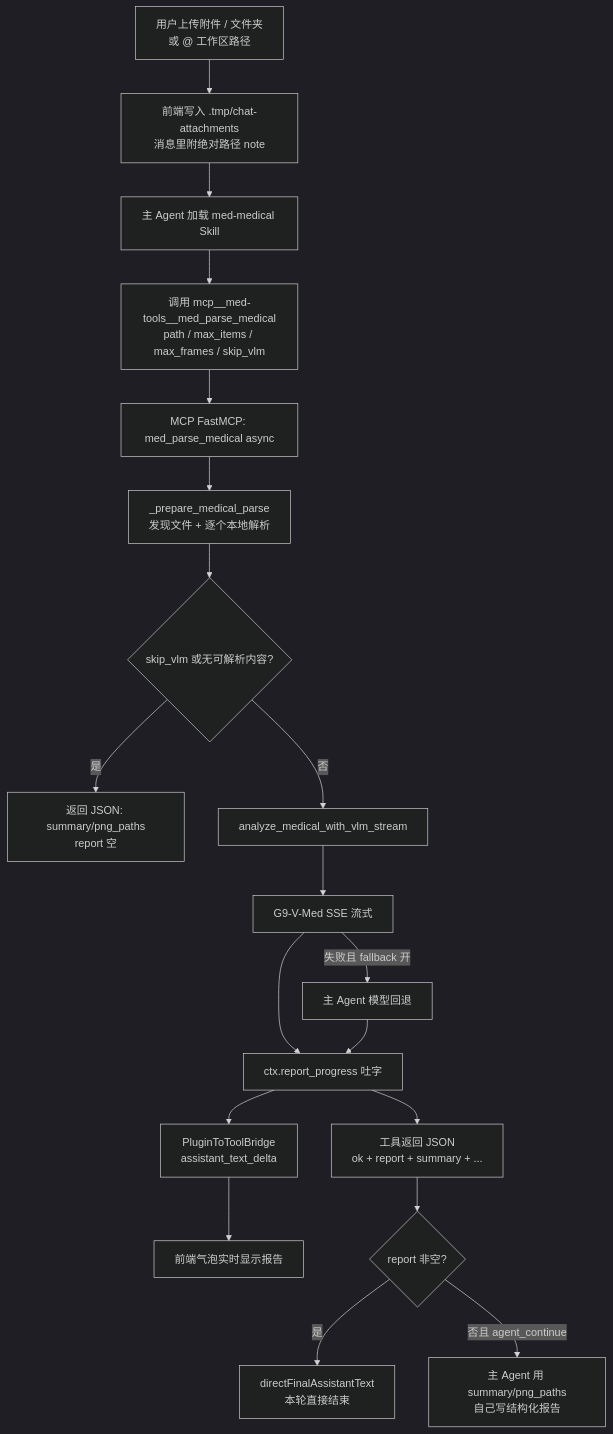
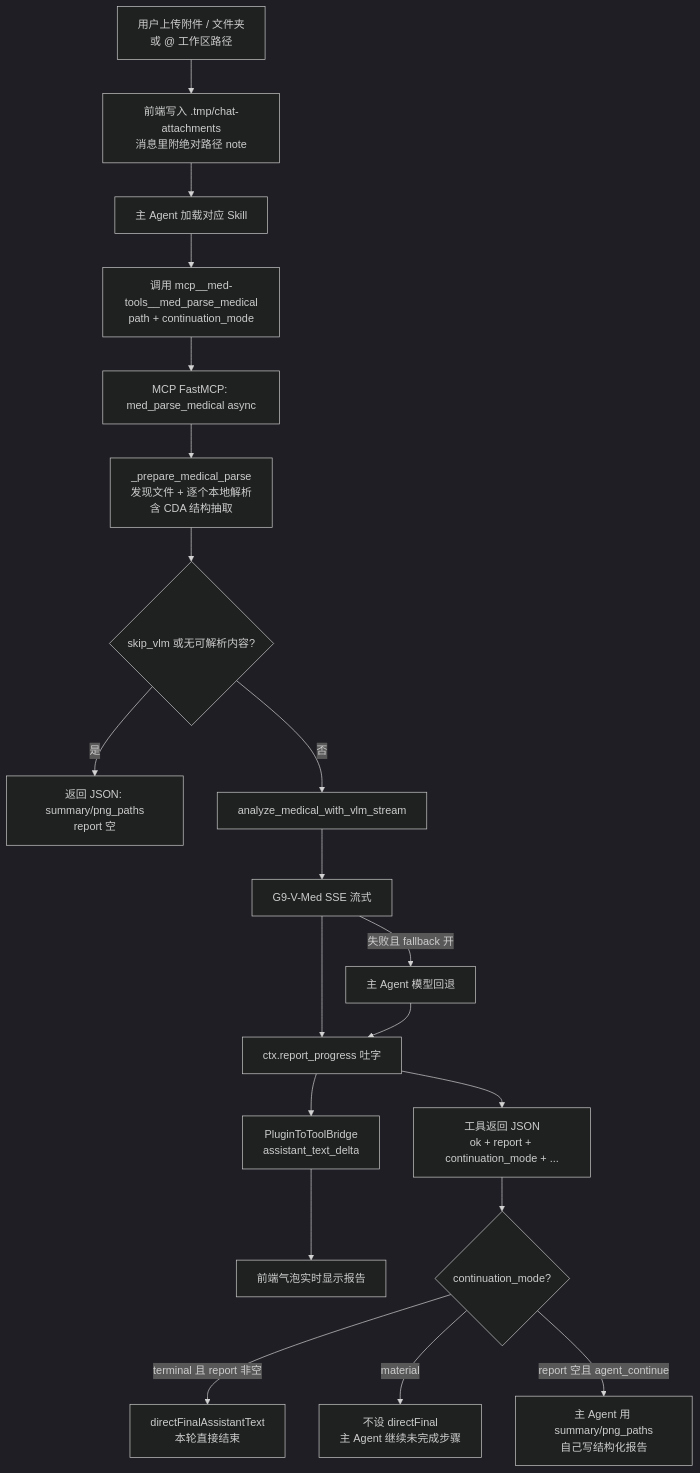
The first of 3 diagrams in plugins/med-tools/docs/med-parse-medical-flow.zh.md (williamhyf98/med-pilotdeck), drawn with Mermaid (dark theme) before and after one commit. The commit also changed other lines of this file and 39 other files, not shown here.

````diff
--- a/plugins/med-tools/docs/med-parse-medical-flow.zh.md
+++ b/plugins/med-tools/docs/med-parse-medical-flow.zh.md
@@ -56,21 +59,22 @@
 ```mermaid
 flowchart TD
   A[用户上传附件 / 文件夹<br/>或 @ 工作区路径] --> B[前端写入 .tmp/chat-attachments<br/>消息里附绝对路径 note]
-  B --> C[主 Agent 加载 med-medical Skill]
-  C --> D[调用 mcp__med-tools__med_parse_medical<br/>path / max_items / max_frames / skip_vlm]
+  B --> C[主 Agent 加载对应 Skill]
+  C --> D[调用 mcp__med-tools__med_parse_medical<br/>path + continuation_mode]
   D --> E[MCP FastMCP: med_parse_medical async]
-  E --> F[_prepare_medical_parse<br/>发现文件 + 逐个本地解析]
+  E --> F[_prepare_medical_parse<br/>发现文件 + 逐个本地解析<br/>含 CDA 结构抽取]
   F --> G{skip_vlm 或无可解析内容?}
   G -->|是| H[返回 JSON: summary/png_paths<br/>report 空]
   G -->|否| I[analyze_medical_with_vlm_stream]
   I --> J[G9-V-Med SSE 流式]
   J -->|失败且 fallback 开| K[主 Agent 模型回退]
   J --> L[ctx.report_progress 吐字]
   K --> L
   L --> M[PluginToToolBridge<br/>assistant_text_delta]
   M --> N[前端气泡实时显示报告]
-  L --> O[工具返回 JSON<br/>ok + report + summary + ...]
-  O --> P{report 非空?}
-  P -->|是| Q[directFinalAssistantText<br/>本轮直接结束]
-  P -->|否且 agent_continue| R[主 Agent 用 summary/png_paths<br/>自己写结构化报告]
+  L --> O[工具返回 JSON<br/>ok + report + continuation_mode + ...]
+  O --> P{continuation_mode?}
+  P -->|terminal 且 report 非空| Q[directFinalAssistantText<br/>本轮直接结束]
+  P -->|material| S[不设 directFinal<br/>主 Agent 继续未完成步骤]
+  P -->|report 空且 agent_continue| R[主 Agent 用 summary/png_paths<br/>自己写结构化报告]
 ```
````
